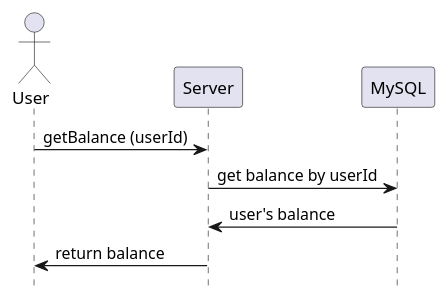
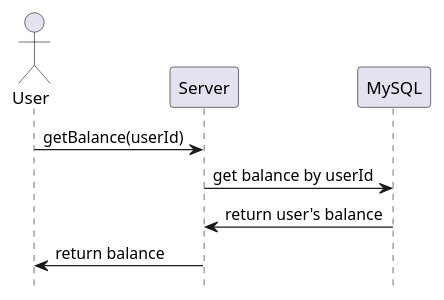
The diagram in documents/sequence diagrams/view-balance.puml (noradomi/foo-app), drawn with PlantUML before and after one commit. The commit also changed 32 other files, not shown here.

```diff
--- a/documents/sequence diagrams/view-balance.puml
+++ b/documents/sequence diagrams/view-balance.puml
@@ -1,8 +1,8 @@
 @startuml view-balance
 hide footbox
 actor "User"
-"User" -> "Server": getBalance (userId)
+"User" -> "Server": getBalance(userId)
 "Server" -> "MySQL": get balance by userId
-"MySQL" -> "Server": user's balance
+"MySQL" -> "Server": return user's balance
 "Server" -> "User": return balance
 @enduml
```
